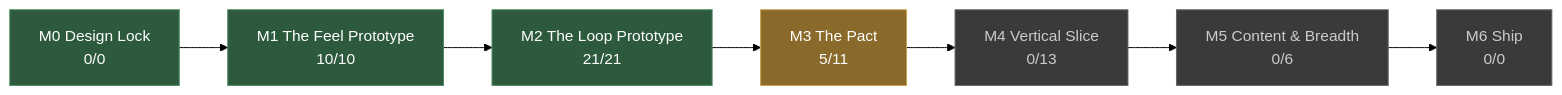
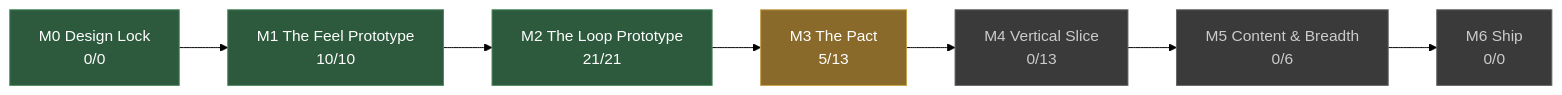
The diagram in docs/STATUS.md (JoshuaGessner/she), drawn with Mermaid (forest theme) before and after one commit. The commit also changed other lines of this file and 4 other files, not shown here.

````diff
--- a/docs/STATUS.md
+++ b/docs/STATUS.md
@@ -13,19 +13,19 @@
 ```mermaid
 flowchart LR
   M0["M0 Design Lock<br/>0/0"]:::passed
   M1["M1 The Feel Prototype<br/>10/10"]:::passed
   M0 --> M1
   M2["M2 The Loop Prototype<br/>21/21"]:::passed
   M1 --> M2
-  M3["M3 The Pact<br/>5/11"]:::current
+  M3["M3 The Pact<br/>5/13"]:::current
   M2 --> M3
   M4["M4 Vertical Slice<br/>0/13"]:::ahead
   M3 --> M4
   M5["M5 Content & Breadth<br/>0/6"]:::ahead
   M4 --> M5
   M6["M6 Ship<br/>0/0"]:::ahead
   M5 --> M6
   classDef passed fill:#2d5a3d,stroke:#4a8a5f,color:#fff
   classDef current fill:#8a6a2a,stroke:#c8a04a,color:#fff
   classDef ahead fill:#3a3a3a,stroke:#666,color:#ccc
 ```
````
